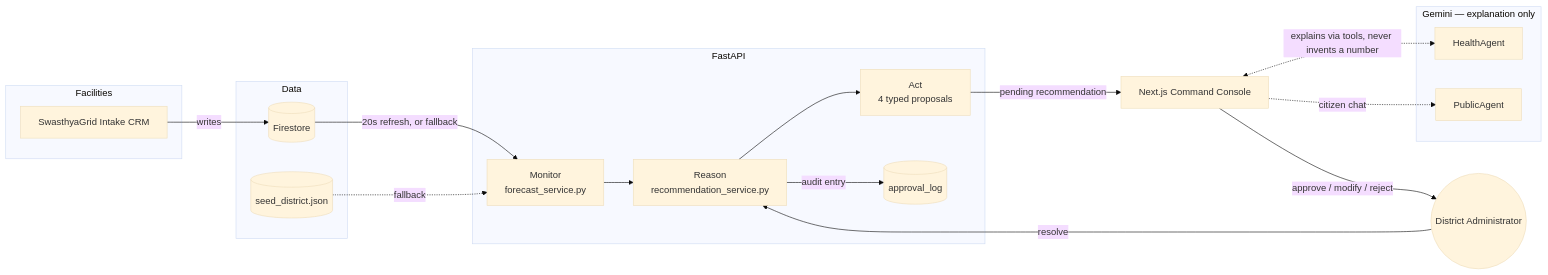
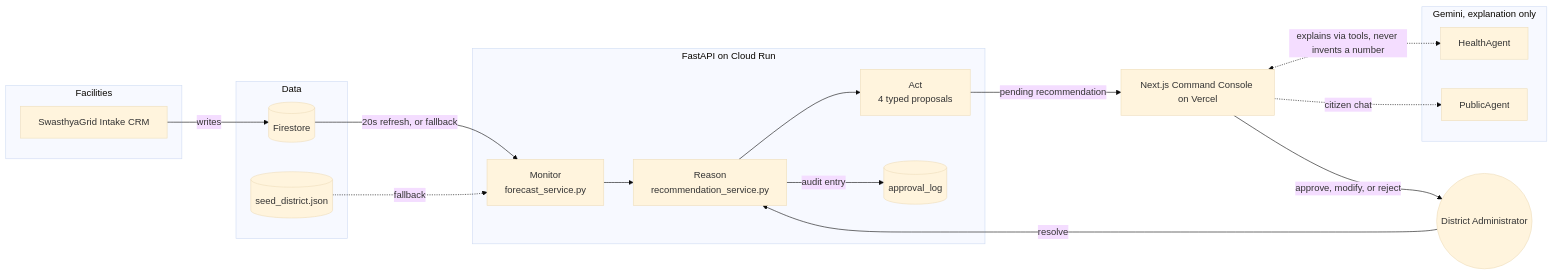
Before and after one commit to harshkawatra11/ascend-agents: the diagram in README.md, drawn with Mermaid (base theme). The commit also changed other lines of this file, not shown here.

````diff
--- a/README.md
+++ b/README.md
@@ -94,33 +98,33 @@
 ```mermaid
 flowchart LR
     subgraph Facilities
         CRM[SwasthyaGrid Intake CRM]
     end
     subgraph Data
         FS[(Firestore)]
         SEED[(seed_district.json)]
     end
-    subgraph Backend[FastAPI]
+    subgraph Backend[FastAPI on Cloud Run]
         MON[Monitor\nforecast_service.py]
         REA[Reason\nrecommendation_service.py]
         ACT[Act\n4 typed proposals]
         LOG[(approval_log)]
     end
-    subgraph AI[Gemini — explanation only]
+    subgraph AI[Gemini, explanation only]
         HA[HealthAgent]
         PA[PublicAgent]
     end
-    UI[Next.js Command Console]
+    UI[Next.js Command Console on Vercel]
     ADMIN((District Administrator))
 
     CRM -->|writes| FS
     FS -->|20s refresh, or fallback| MON
     SEED -.fallback.-> MON
     MON --> REA --> ACT
     ACT -->|pending recommendation| UI
-    UI -->|approve / modify / reject| ADMIN
+    UI -->|approve, modify, or reject| ADMIN
     ADMIN -->|resolve| REA
     REA -->|audit entry| LOG
     UI <-.explains via tools, never invents a number.-> HA
     UI -.citizen chat.-> PA
 ```
````
